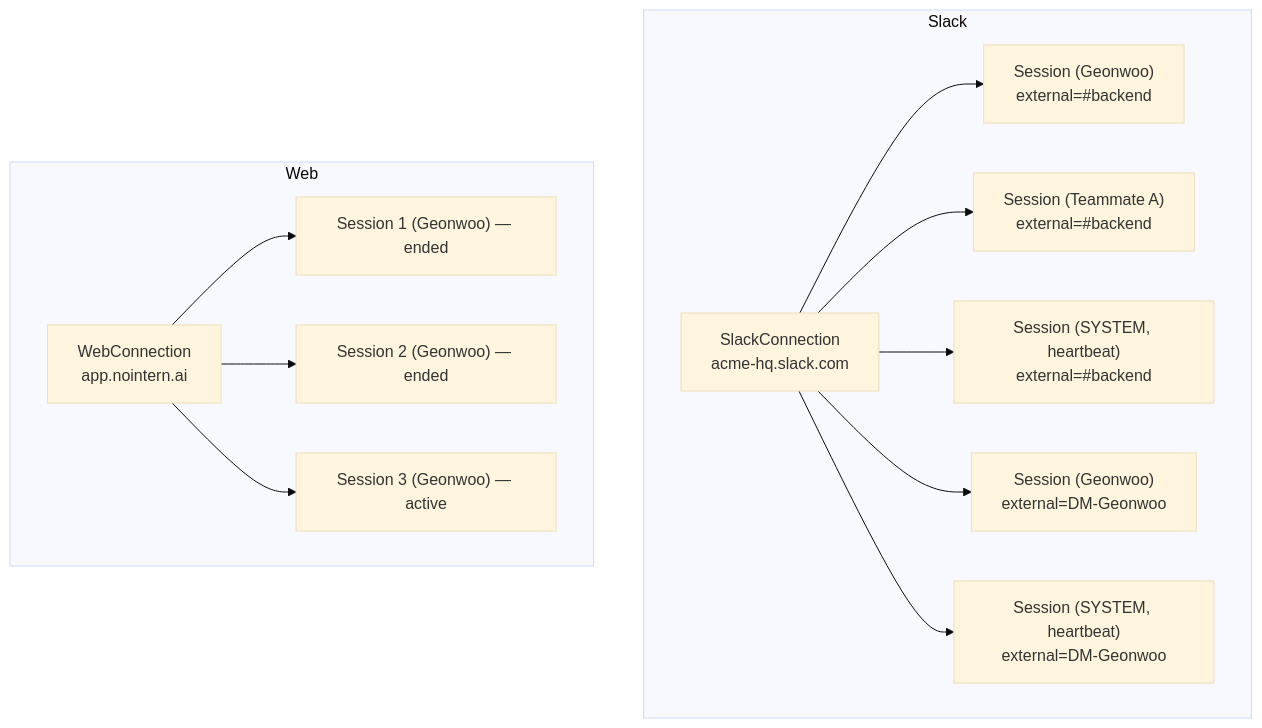
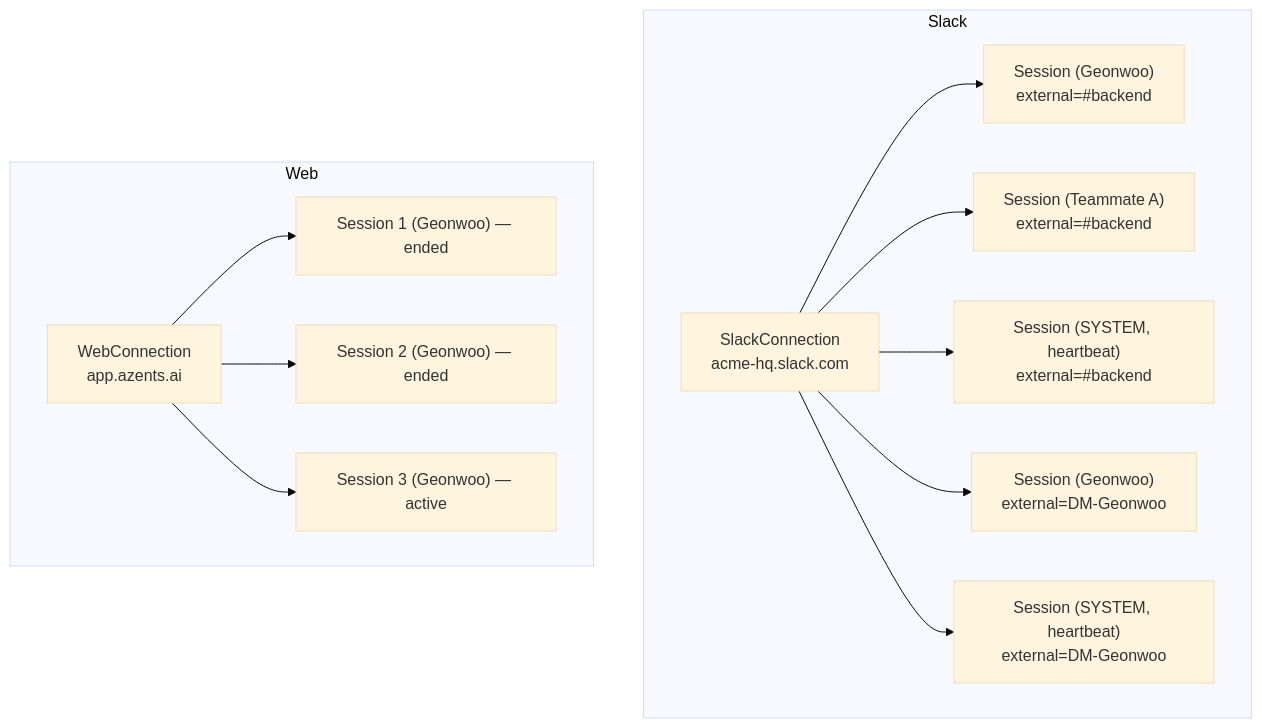
The second of 8 diagrams in docs/azents/design/core-260207-core-concepts.md (azents/azents), drawn with Mermaid (base theme) before and after one commit. The commit also changed other lines of this file and 245 other files, not shown here.

````diff
--- a/docs/azents/design/core-260207-core-concepts.md
+++ b/docs/azents/design/core-260207-core-concepts.md
@@ -502,18 +502,18 @@
 ```mermaid
 graph TB
     subgraph "Slack"
         SC[SlackConnection<br/>acme-hq.slack.com]
         SC --> SS1["Session (Geonwoo)<br/>external=#backend"]
         SC --> SS2["Session (Teammate A)<br/>external=#backend"]
         SC --> SS3["Session (SYSTEM, heartbeat)<br/>external=#backend"]
         SC --> SS4["Session (Geonwoo)<br/>external=DM-Geonwoo"]
         SC --> SS5["Session (SYSTEM, heartbeat)<br/>external=DM-Geonwoo"]
     end
 
     subgraph "Web"
-        WC[WebConnection<br/>app.nointern.ai]
+        WC[WebConnection<br/>app.azents.ai]
         WC --> WS1["Session 1 (Geonwoo) — ended"]
         WC --> WS2["Session 2 (Geonwoo) — ended"]
         WC --> WS3["Session 3 (Geonwoo) — active"]
     end
 ```
````
